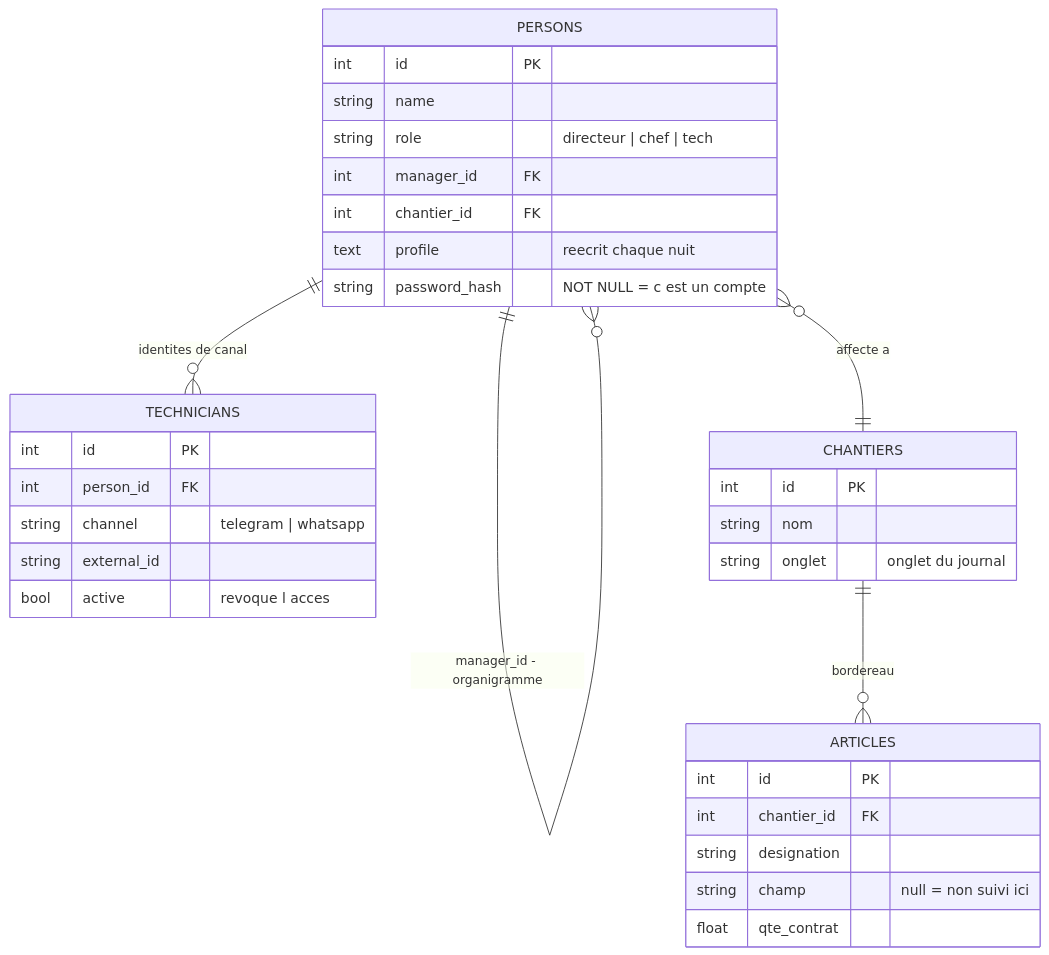
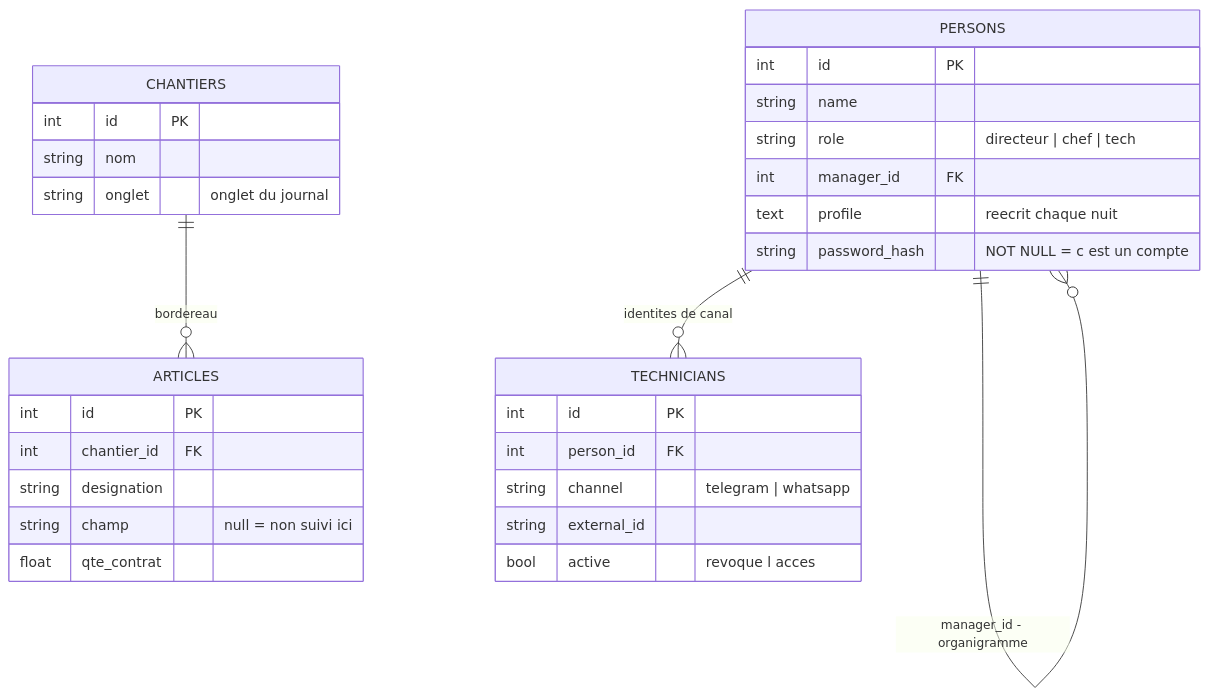
Before and after one commit to yassine808/PFE-aznet: the diagram in Pres+report/diagrams/06-er-identity.mmd, drawn with Mermaid. The commit also changed 18 other files, not shown here.

```diff
--- a/Pres+report/diagrams/06-er-identity.mmd
+++ b/Pres+report/diagrams/06-er-identity.mmd
@@ -1,34 +1,32 @@
 erDiagram
     PERSONS ||--o{ TECHNICIANS : "identites de canal"
     PERSONS ||--o{ PERSONS : "manager_id - organigramme"
-    PERSONS }o--|| CHANTIERS : "affecte a"
     CHANTIERS ||--o{ ARTICLES : "bordereau"
 
     PERSONS {
         int id PK
         string name
         string role "directeur | chef | tech"
         int manager_id FK
-        int chantier_id FK
         text profile "reecrit chaque nuit"
         string password_hash "NOT NULL = c est un compte"
     }
     TECHNICIANS {
         int id PK
         int person_id FK
         string channel "telegram | whatsapp"
         string external_id
         bool active "revoque l acces"
     }
     CHANTIERS {
         int id PK
         string nom
         string onglet "onglet du journal"
     }
     ARTICLES {
         int id PK
         int chantier_id FK
         string designation
         string champ "null = non suivi ici"
         float qte_contrat
     }
```
